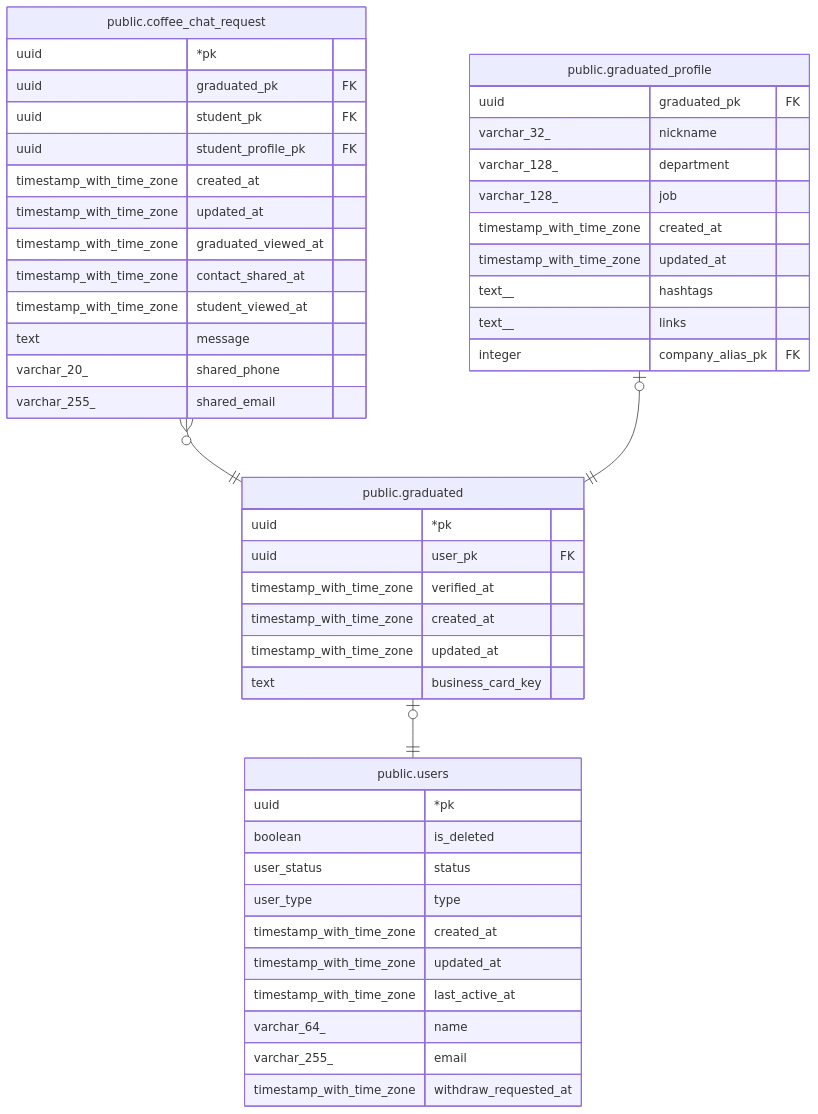
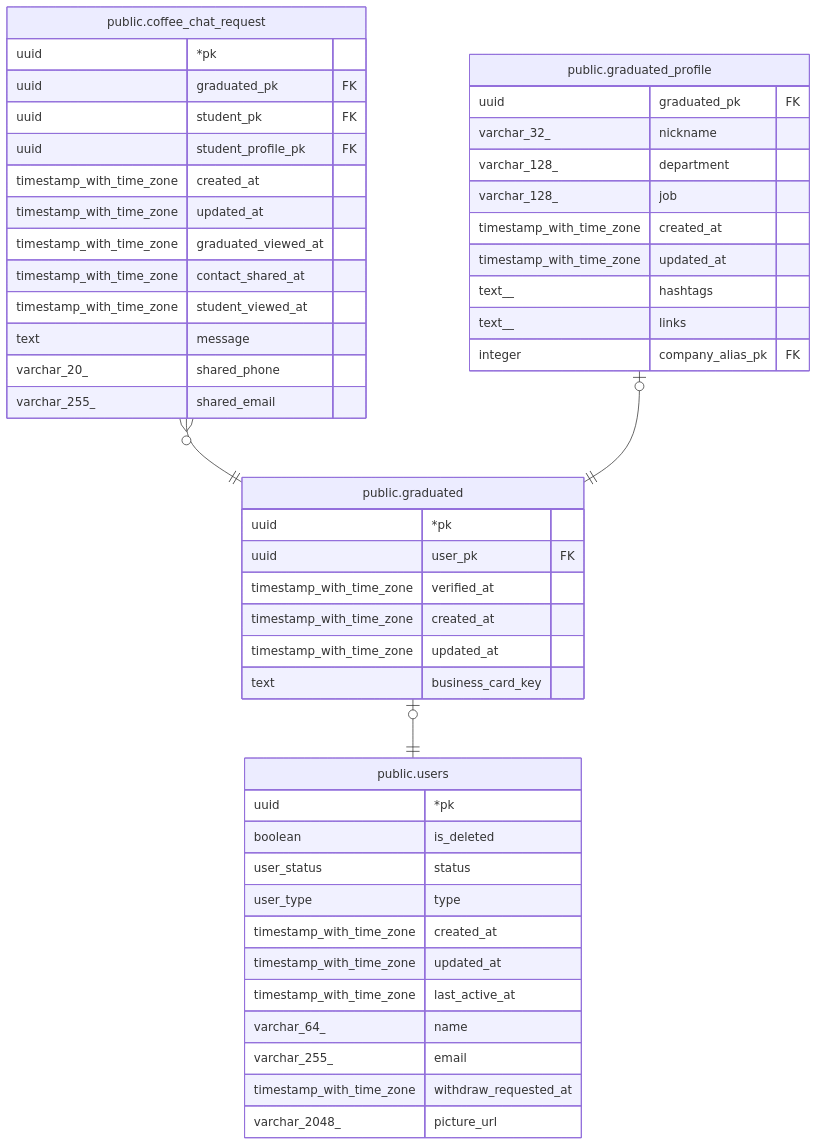
The diagram in docs/schema/public.graduated.md (gsainfoteam/cheers-be), drawn with Mermaid before and after one commit. The commit also changed 8 other files, not shown here.

Commit message:
- docs: regenerate schema docs with tbls for picture_url

````diff
--- a/docs/schema/public.graduated.md
+++ b/docs/schema/public.graduated.md
@@ -35,53 +35,54 @@
 ```mermaid
 erDiagram
 
 "public.coffee_chat_request" }o--|| "public.graduated" : ""
 "public.graduated_profile" |o--|| "public.graduated" : ""
 "public.graduated" |o--|| "public.users" : ""
 
 "public.graduated" {
   uuid *pk
   uuid user_pk FK
   timestamp_with_time_zone verified_at
   timestamp_with_time_zone created_at
   timestamp_with_time_zone updated_at
   text business_card_key
 }
 "public.coffee_chat_request" {
   uuid *pk
   uuid graduated_pk FK
   uuid student_pk FK
   uuid student_profile_pk FK
   timestamp_with_time_zone created_at
   timestamp_with_time_zone updated_at
   timestamp_with_time_zone graduated_viewed_at
   timestamp_with_time_zone contact_shared_at
   timestamp_with_time_zone student_viewed_at
   text message
   varchar_20_ shared_phone
   varchar_255_ shared_email
 }
 "public.graduated_profile" {
   uuid graduated_pk FK
   varchar_32_ nickname
   varchar_128_ department
   varchar_128_ job
   timestamp_with_time_zone created_at
   timestamp_with_time_zone updated_at
   text__ hashtags
   text__ links
   integer company_alias_pk FK
 }
 "public.users" {
   uuid *pk
   boolean is_deleted
   user_status status
   user_type type
   timestamp_with_time_zone created_at
   timestamp_with_time_zone updated_at
   timestamp_with_time_zone last_active_at
   varchar_64_ name
   varchar_255_ email
   timestamp_with_time_zone withdraw_requested_at
+  varchar_2048_ picture_url
 }
 ```
````
